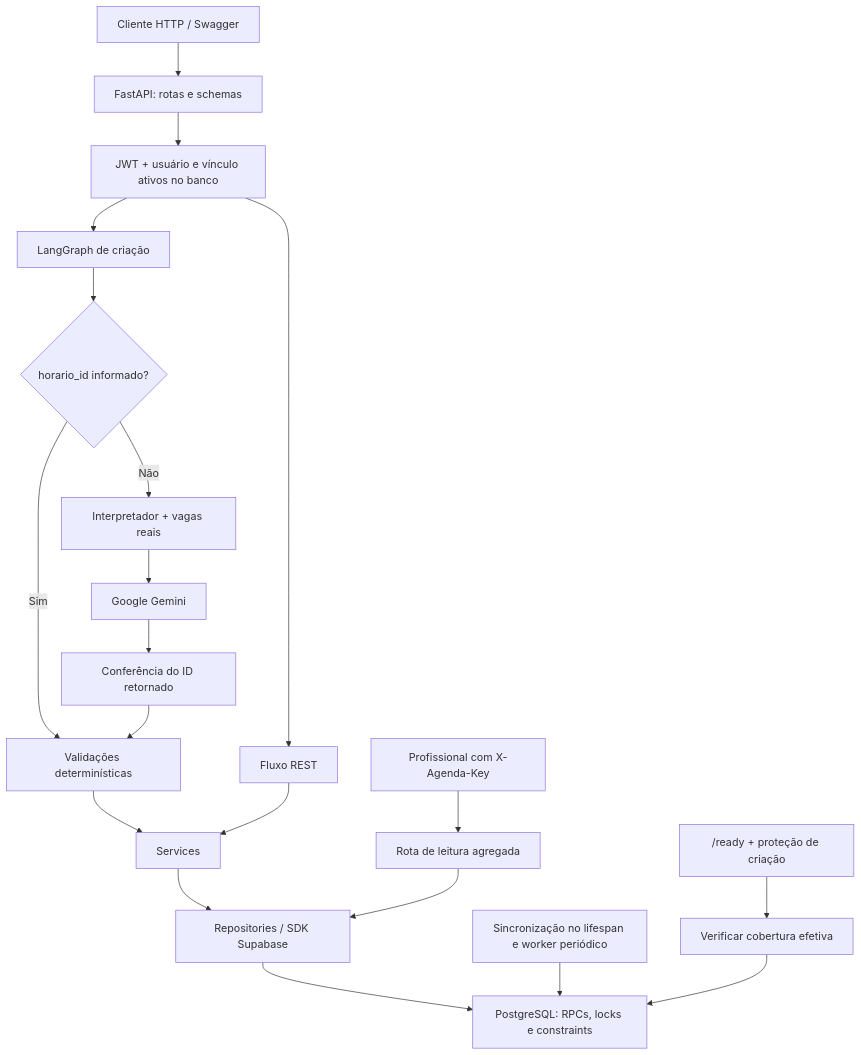
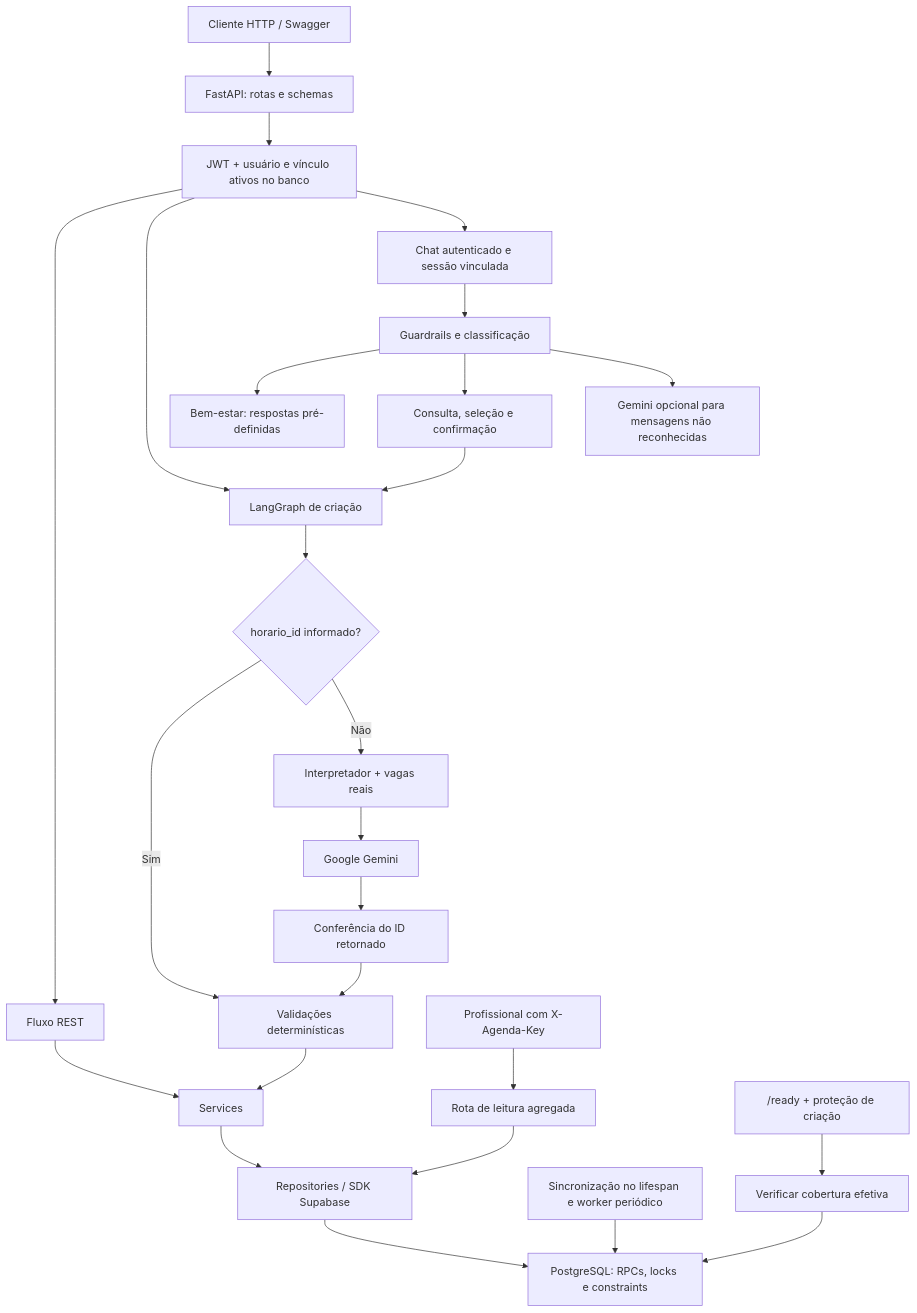
The diagram in README.md (RenataGusmao/bb-massoterapia-ai), drawn with Mermaid before and after one commit. The commit also changed other lines of this file and 1 other file, not shown here.

Commit message:
docs: document wellness agent architecture and API contracts

````diff
--- a/README.md
+++ b/README.md
@@ -66,22 +70,28 @@
 ```mermaid
 flowchart TD
     Cliente["Cliente HTTP / Swagger"] --> API["FastAPI: rotas e schemas"]
     API --> JWT["JWT + usuário e vínculo ativos no banco"]
     JWT --> REST["Fluxo REST"]
     JWT --> Grafo["LangGraph de criação"]
+    JWT --> Chat["Chat autenticado e sessão vinculada"]
+    Chat --> Roteador["Guardrails e classificação"]
+    Roteador --> BemEstar["Bem-estar: respostas pré-definidas"]
+    Roteador --> Vagas["Consulta, seleção e confirmação"]
+    Vagas --> Grafo
+    Roteador --> Classificador["Gemini opcional para mensagens não reconhecidas"]
     Grafo --> Entrada{"horario_id informado?"}
     Entrada -->|Sim| Validacao["Validações determinísticas"]
     Entrada -->|Não| Interprete["Interpretador + vagas reais"]
     Interprete --> Gemini["Google Gemini"]
     Gemini --> Conferencia["Conferência do ID retornado"]
     Conferencia --> Validacao
     Validacao --> Servicos["Services"]
     REST --> Servicos
     Servicos --> Repo["Repositories / SDK Supabase"]
     Repo --> Banco["PostgreSQL: RPCs, locks e constraints"]
     Leitor["Profissional com X-Agenda-Key"] --> Leitura["Rota de leitura agregada"]
     Leitura --> Repo
     Worker["Sincronização no lifespan e worker periódico"] --> Banco
     Prontidao["/ready + proteção de criação"] --> Verificacao["Verificar cobertura efetiva"]
     Verificacao --> Banco
 ```
````
